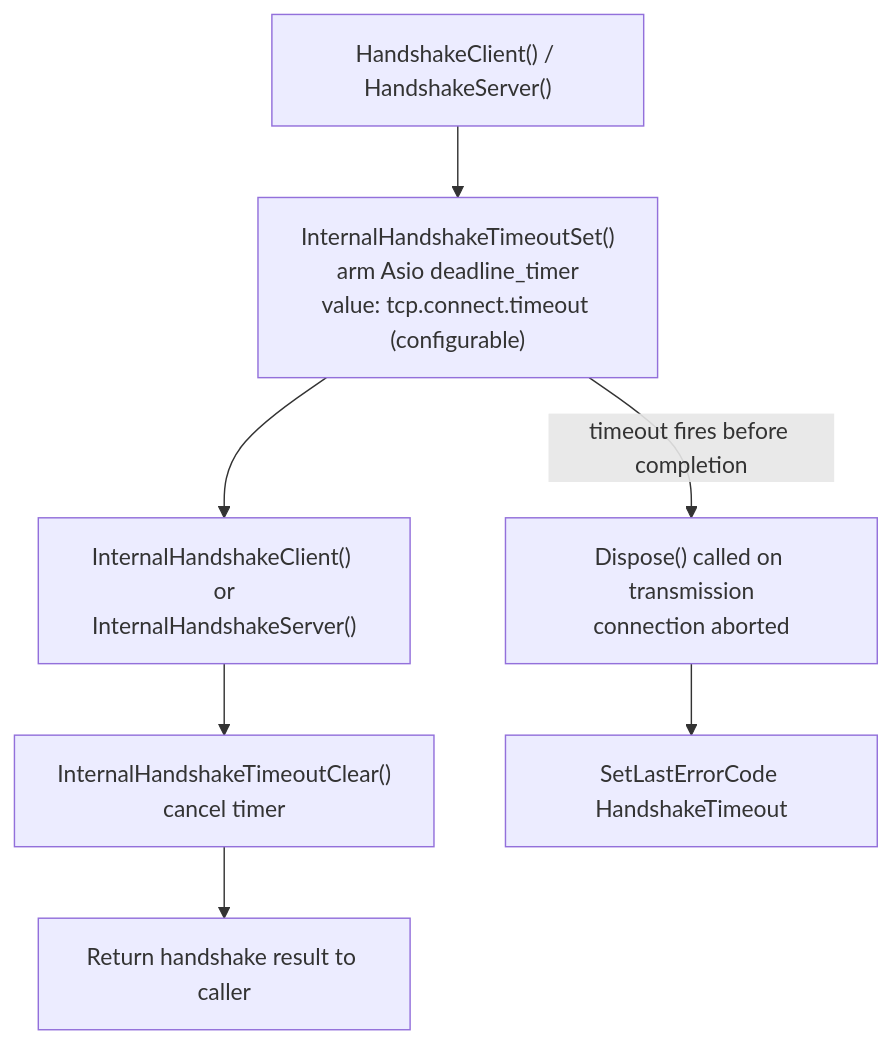
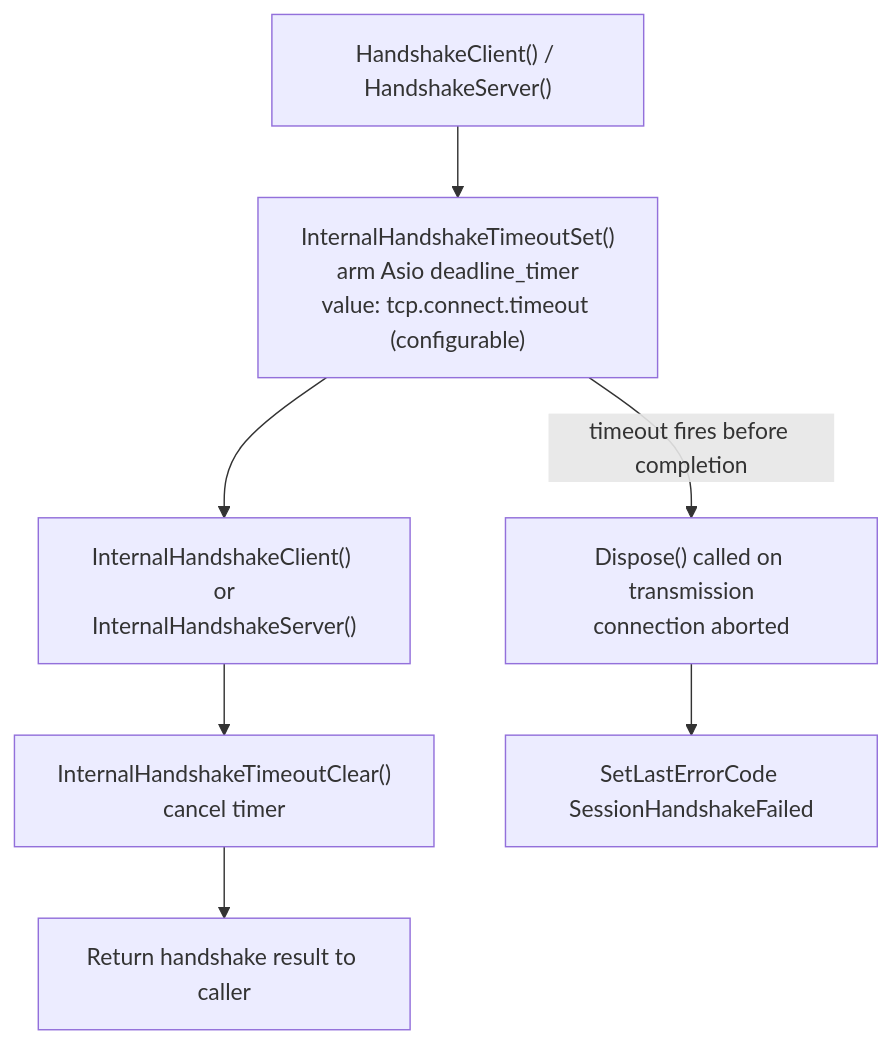
Before and after one commit to HyacinthHaru/openppp2: the fifth of 13 diagrams in docs/HANDSHAKE_SEQUENCE.md, drawn with Mermaid. The commit also changed other lines of this file and 80 other files, not shown here.

````diff
--- a/docs/HANDSHAKE_SEQUENCE.md
+++ b/docs/HANDSHAKE_SEQUENCE.md
@@ -136,9 +136,9 @@
 ```mermaid
 flowchart TD
     A["HandshakeClient() / HandshakeServer()"] --> B["InternalHandshakeTimeoutSet()\narm Asio deadline_timer\nvalue: tcp.connect.timeout (configurable)"]
     B --> C["InternalHandshakeClient() or\nInternalHandshakeServer()"]
     C --> D["InternalHandshakeTimeoutClear()\ncancel timer"]
     D --> E["Return handshake result to caller"]
     B -->|"timeout fires before completion"| F["Dispose() called on transmission\nconnection aborted"]
-    F --> G["SetLastErrorCode HandshakeTimeout"]
+    F --> G["SetLastErrorCode SessionHandshakeFailed"]
 ```
````
